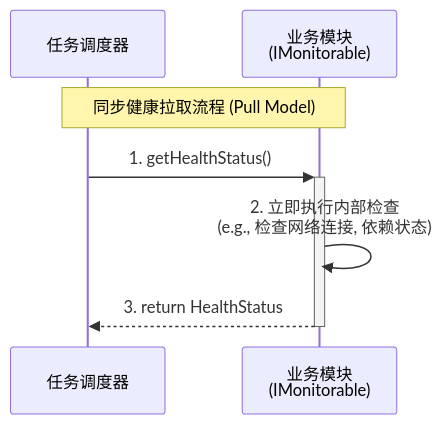
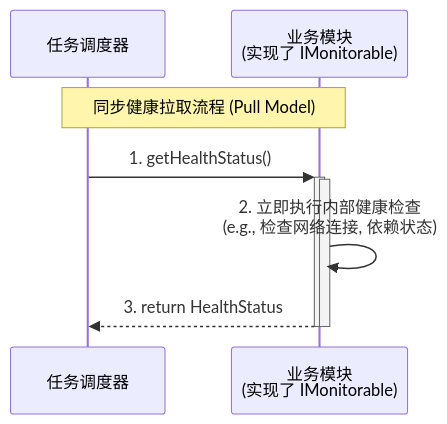
One commit to wendizhou99-cell/Radar changed the second of 2 diagrams in docs/01_项目设计/05_接口设计/04_监控接口设计.md. Above: the diagram before and after it, drawn with Mermaid. The commit also changed other lines of this file and 14 other files, not shown here.

````diff
--- a/docs/01_项目设计/05_接口设计/04_监控接口设计.md
+++ b/docs/01_项目设计/05_接口设计/04_监控接口设计.md
@@ -113,11 +117,13 @@
 ```mermaid
 sequenceDiagram
     participant TaskScheduler as 任务调度器
-    participant BusinessModule as 业务模块<br/>(IMonitorable)
+    participant BusinessModule as 业务模块<br/>(实现了 IMonitorable)
 
     Note over TaskScheduler, BusinessModule: 同步健康拉取流程 (Pull Model)
 
     TaskScheduler->>+BusinessModule: 1. getHealthStatus()
-    BusinessModule->>BusinessModule: 2. 立即执行内部检查<br/>(e.g., 检查网络连接, 依赖状态)
+    activate BusinessModule
+    BusinessModule->>BusinessModule: 2. 立即执行内部健康检查<br/>(e.g., 检查网络连接, 依赖状态)
     BusinessModule-->>-TaskScheduler: 3. return HealthStatus
+    deactivate BusinessModule
 ```
````
